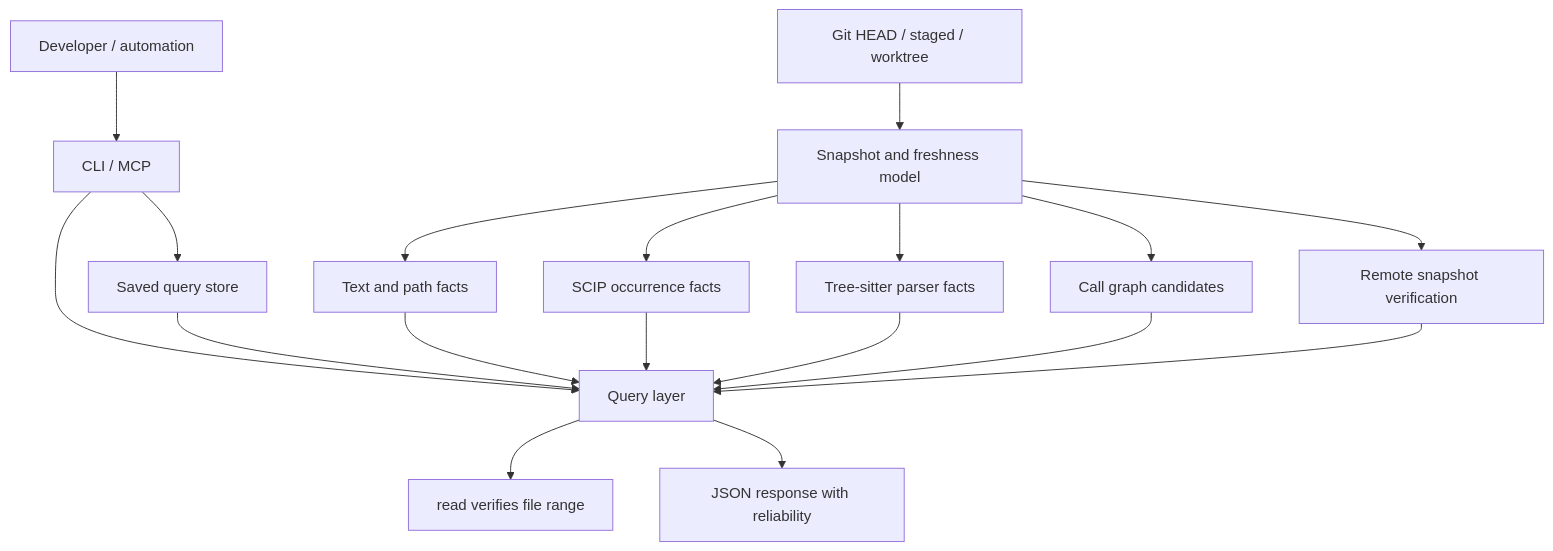
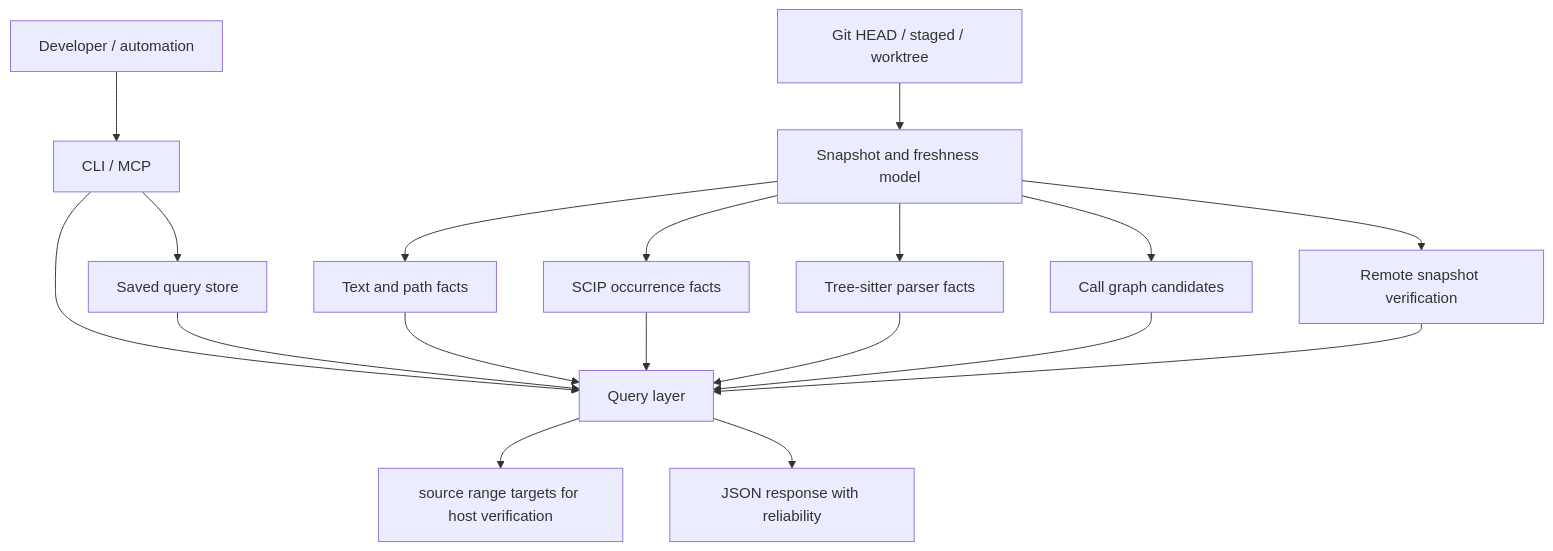
One commit to mars167/CodeTrail changed the second of 2 diagrams in docs/00-design-summary.md. Above: the diagram before and after it, drawn with Mermaid. The commit also changed other lines of this file and 26 other files, not shown here.

````diff
--- a/docs/00-design-summary.md
+++ b/docs/00-design-summary.md
@@ -49,23 +48,23 @@
 ```mermaid
 flowchart TB
   Actor["Developer / automation"] --> Entry["CLI / MCP"]
   Entry --> Query["Query layer"]
   Entry --> Saved["Saved query store"]
 
   Git["Git HEAD / staged / worktree"] --> Snapshot["Snapshot and freshness model"]
   Snapshot --> Text["Text and path facts"]
   Snapshot --> Scip["SCIP occurrence facts"]
   Snapshot --> Parser["Tree-sitter parser facts"]
   Snapshot --> Graph["Call graph candidates"]
   Snapshot --> Remote["Remote snapshot verification"]
 
   Text --> Query
   Scip --> Query
   Parser --> Query
   Graph --> Query
   Remote --> Query
   Saved --> Query
 
-  Query --> Read["read verifies file range"]
+  Query --> VerifyRange["source range targets for host verification"]
   Query --> Json["JSON response with reliability"]
 ```
````
